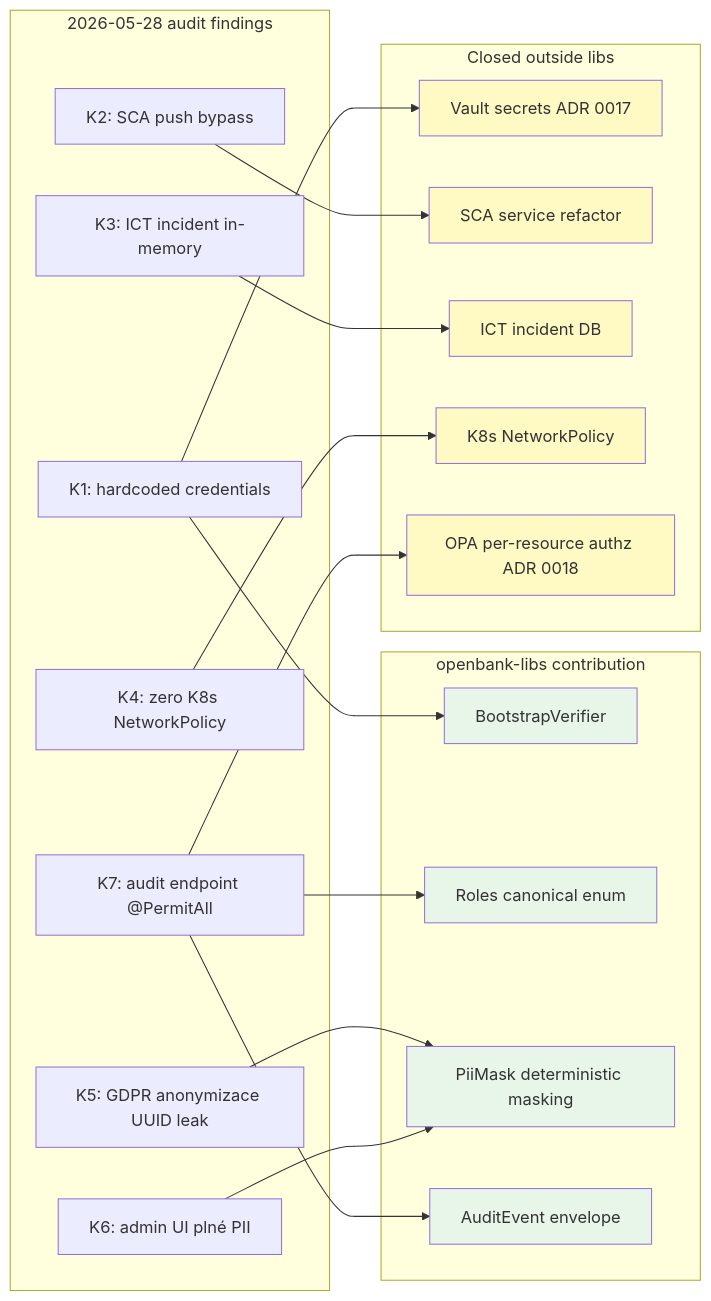
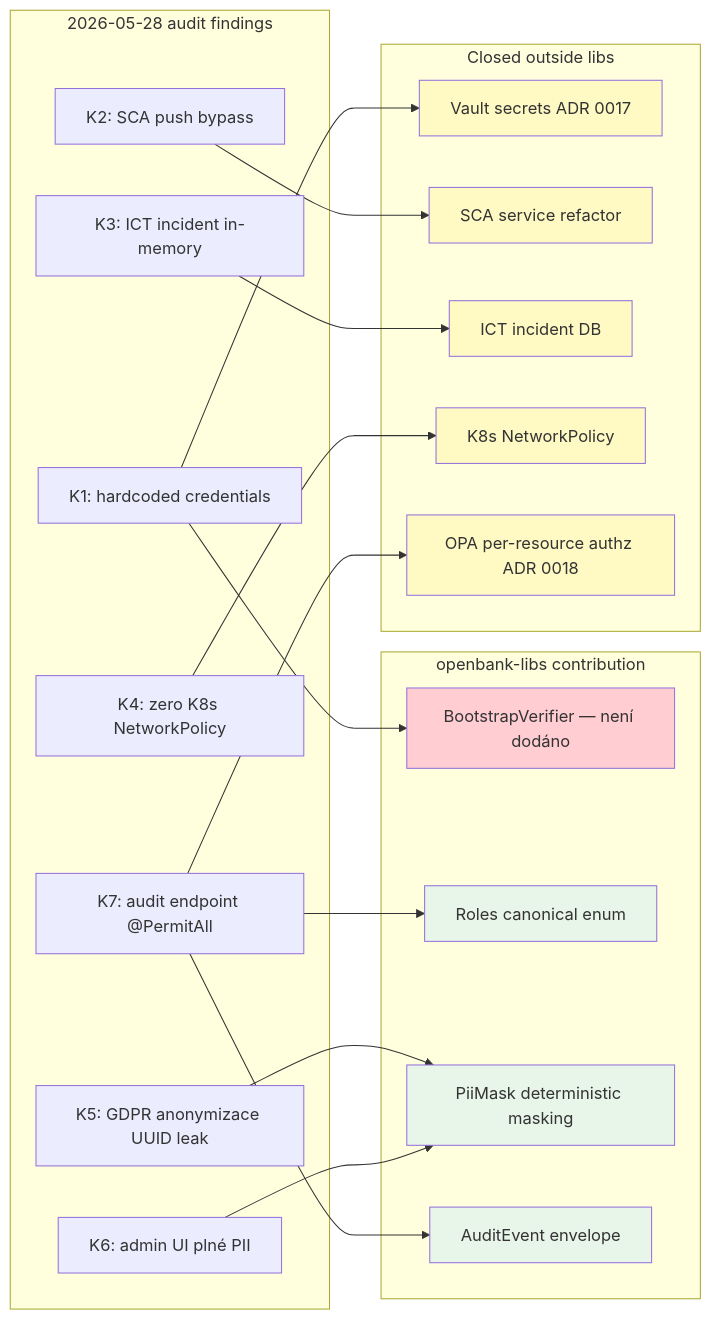
One commit to JiRaska/open-bank-oss changed the diagram in openbank-libs/docs/06-compliance.cs.md. Above: the diagram before and after it, drawn with Mermaid. The commit also changed other lines of this file and 2 other files, not shown here.

First line of the commit message:
docs(libs): mark BootstrapVerifier not shipped in the DORA/NIS2 control map

````diff
--- a/openbank-libs/docs/06-compliance.cs.md
+++ b/openbank-libs/docs/06-compliance.cs.md
@@ -25,48 +25,48 @@
 ```mermaid
 graph LR
   subgraph Audit["2026-05-28 audit findings"]
     K1[K1: hardcoded credentials]
     K2[K2: SCA push bypass]
     K3[K3: ICT incident in-memory]
     K4[K4: zero K8s NetworkPolicy]
     K5[K5: GDPR anonymizace UUID leak]
     K6[K6: admin UI plné PII]
     K7["K7: audit endpoint @PermitAll"]
   end
 
   subgraph LibsContrib["openbank-libs contribution"]
-    BV[BootstrapVerifier]
+    BV["BootstrapVerifier — není dodáno"]
     Roles[Roles canonical enum]
     PiiMask[PiiMask deterministic masking]
     AuditEvent[AuditEvent envelope]
   end
 
   subgraph Outside["Closed outside libs"]
     Vault[Vault secrets ADR 0017]
     SCA[SCA service refactor]
     Incident[ICT incident DB]
     NetPol[K8s NetworkPolicy]
     OPA[OPA per-resource authz ADR 0018]
   end
 
   K1 --> BV
   K1 --> Vault
   K2 --> SCA
   K3 --> Incident
   K4 --> NetPol
   K5 --> PiiMask
   K6 --> PiiMask
   K7 --> Roles
   K7 --> OPA
   K7 --> AuditEvent
 
-  style BV fill:#e8f5e9
+  style BV fill:#ffcdd2
   style PiiMask fill:#e8f5e9
   style Roles fill:#e8f5e9
   style AuditEvent fill:#e8f5e9
   style Vault fill:#fff9c4
   style SCA fill:#fff9c4
   style Incident fill:#fff9c4
   style NetPol fill:#fff9c4
   style OPA fill:#fff9c4
 ```
````
